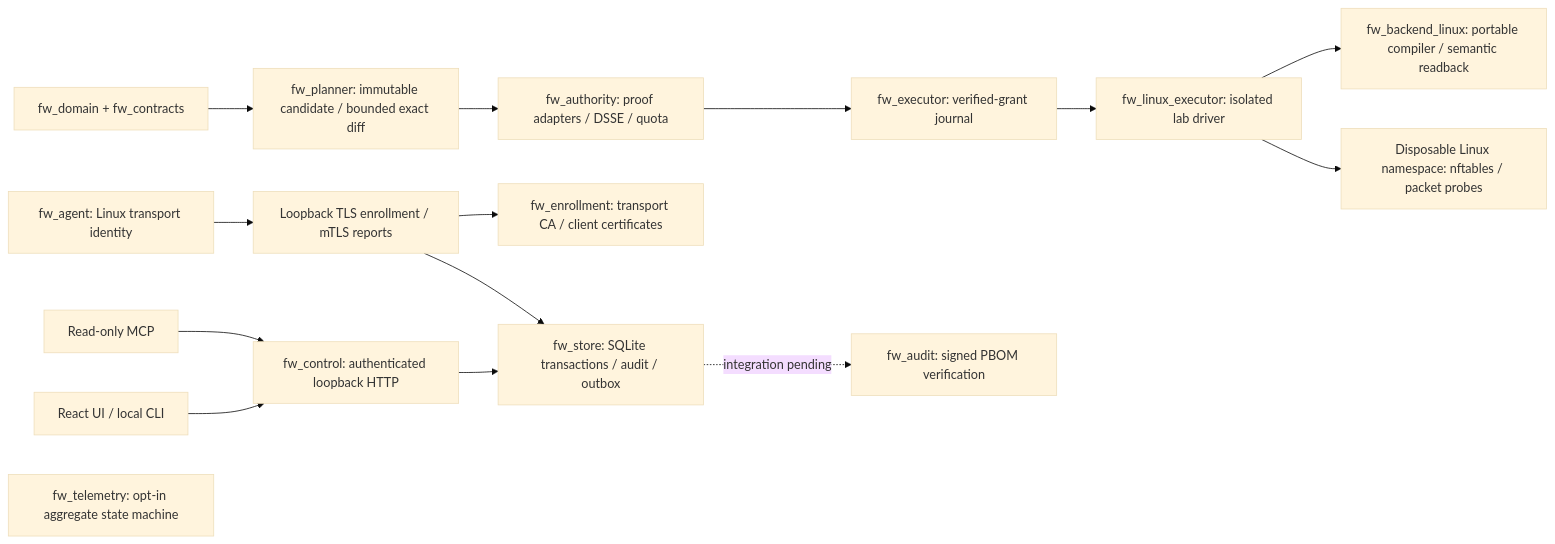
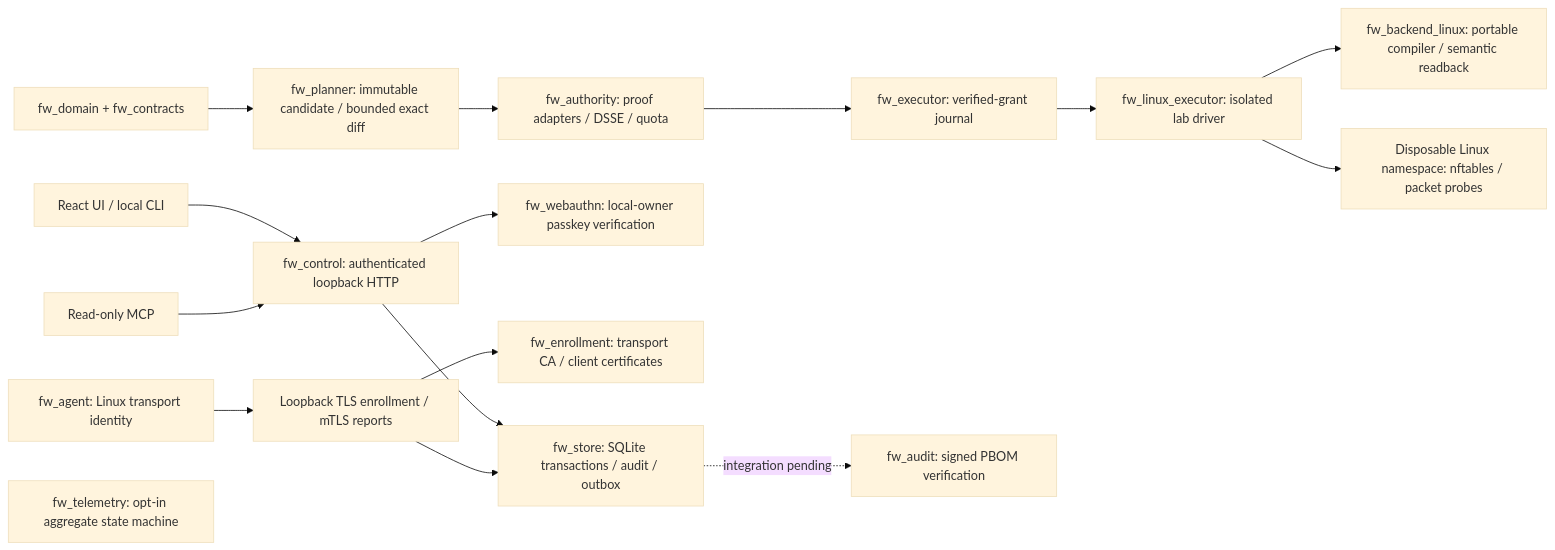
One commit to simhanson123/Nox_Warden changed the diagram in docs/implementation.md. Above: the diagram before and after it, drawn with Mermaid (base theme). The commit also changed other lines of this file and 56 other files, not shown here.

````diff
--- a/docs/implementation.md
+++ b/docs/implementation.md
@@ -7,17 +7,18 @@
 ```mermaid
 flowchart LR
   UI[React UI / local CLI] --> API[fw_control: authenticated loopback HTTP]
   MCP[Read-only MCP] --> API
   API --> DB[fw_store: SQLite transactions / audit / outbox]
+  API --> WA[fw_webauthn: local-owner passkey verification]
   AG[fw_agent: Linux transport identity] --> TLS[Loopback TLS enrollment / mTLS reports]
   TLS --> PKI[fw_enrollment: transport CA / client certificates]
   TLS --> DB
   D[fw_domain + fw_contracts] --> P[fw_planner: immutable candidate / bounded exact diff]
   P --> A[fw_authority: proof adapters / DSSE / quota]
   A --> E[fw_executor: verified-grant journal]
   E --> L[fw_linux_executor: isolated lab driver]
   L --> N[fw_backend_linux: portable compiler / semantic readback]
   L --> K[Disposable Linux namespace: nftables / packet probes]
   DB -. integration pending .-> AUD[fw_audit: signed PBOM verification]
   T[fw_telemetry: opt-in aggregate state machine]
 ```
````
